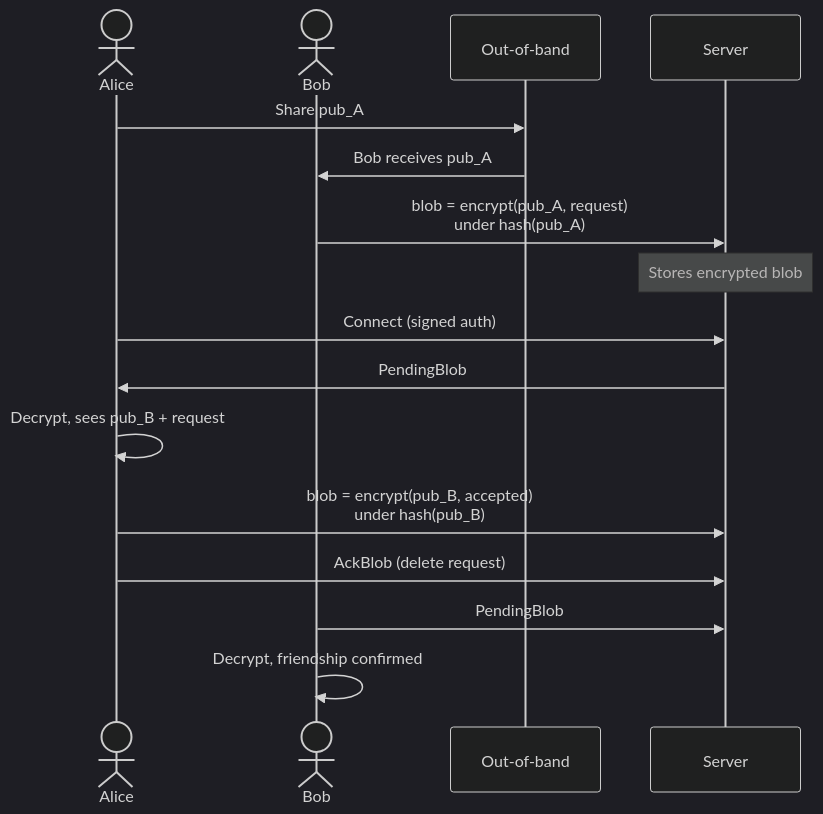
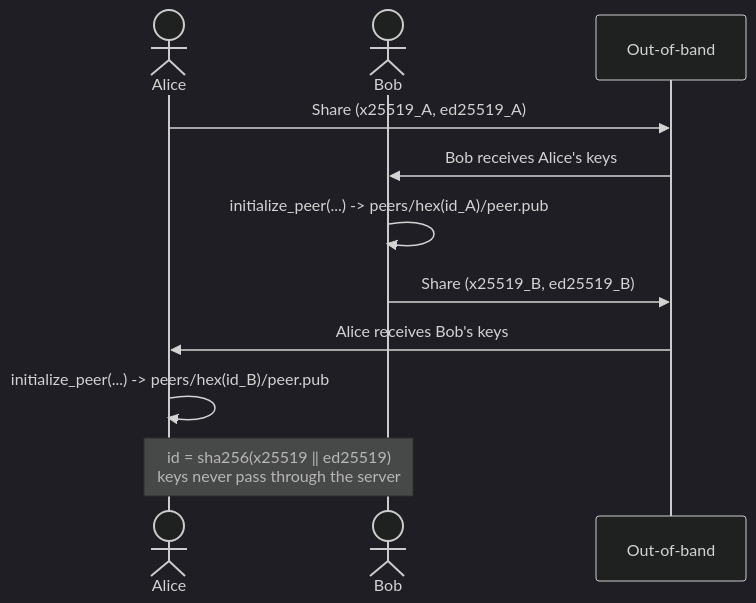
The sixth of 9 diagrams in C4.md (dhmztr/sechat-client), drawn with Mermaid (dark theme) before and after one commit. The commit also changed other lines of this file and 15 other files, not shown here.

````diff
--- a/C4.md
+++ b/C4.md
@@ -178,23 +181,16 @@
 ```mermaid
 sequenceDiagram
     actor Alice
     actor Bob
     participant OOB as Out-of-band
-    participant Server
 
-    Alice->>OOB: Share pub_A
-    OOB->>Bob: Bob receives pub_A
+    Alice->>OOB: Share (x25519_A, ed25519_A)
+    OOB->>Bob: Bob receives Alice's keys
+    Bob->>Bob: initialize_peer(...) -> peers/hex(id_A)/peer.pub
 
-    Bob->>Server: blob = encrypt(pub_A, request)<br/>under hash(pub_A)
-    Note over Server: Stores encrypted blob
+    Bob->>OOB: Share (x25519_B, ed25519_B)
+    OOB->>Alice: Alice receives Bob's keys
+    Alice->>Alice: initialize_peer(...) -> peers/hex(id_B)/peer.pub
 
-    Alice->>Server: Connect (signed auth)
-    Server->>Alice: PendingBlob
-    Alice->>Alice: Decrypt, sees pub_B + request
-
-    Alice->>Server: blob = encrypt(pub_B, accepted)<br/>under hash(pub_B)
-    Alice->>Server: AckBlob (delete request)
-
-    Bob->>Server: PendingBlob
-    Bob->>Bob: Decrypt, friendship confirmed
+    Note over Alice,Bob: id = sha256(x25519 ‖ ed25519)<br/>keys never pass through the server
 ```
````
